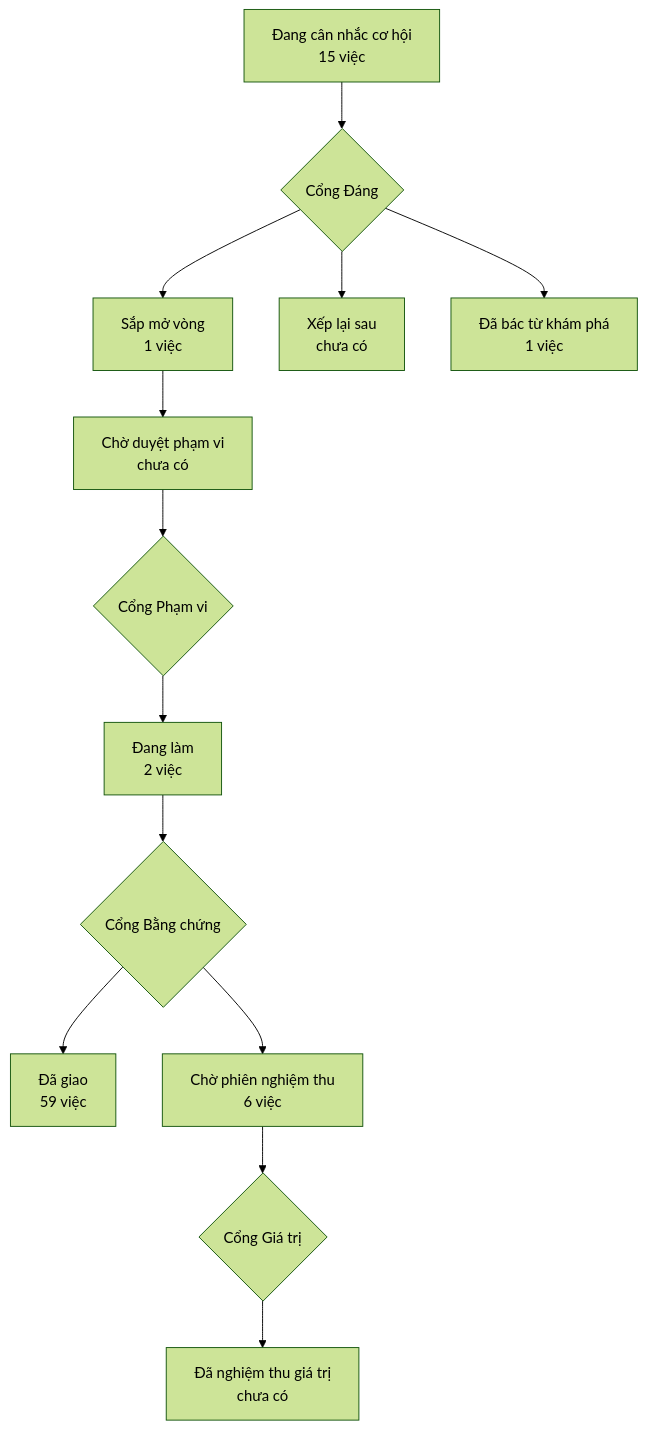
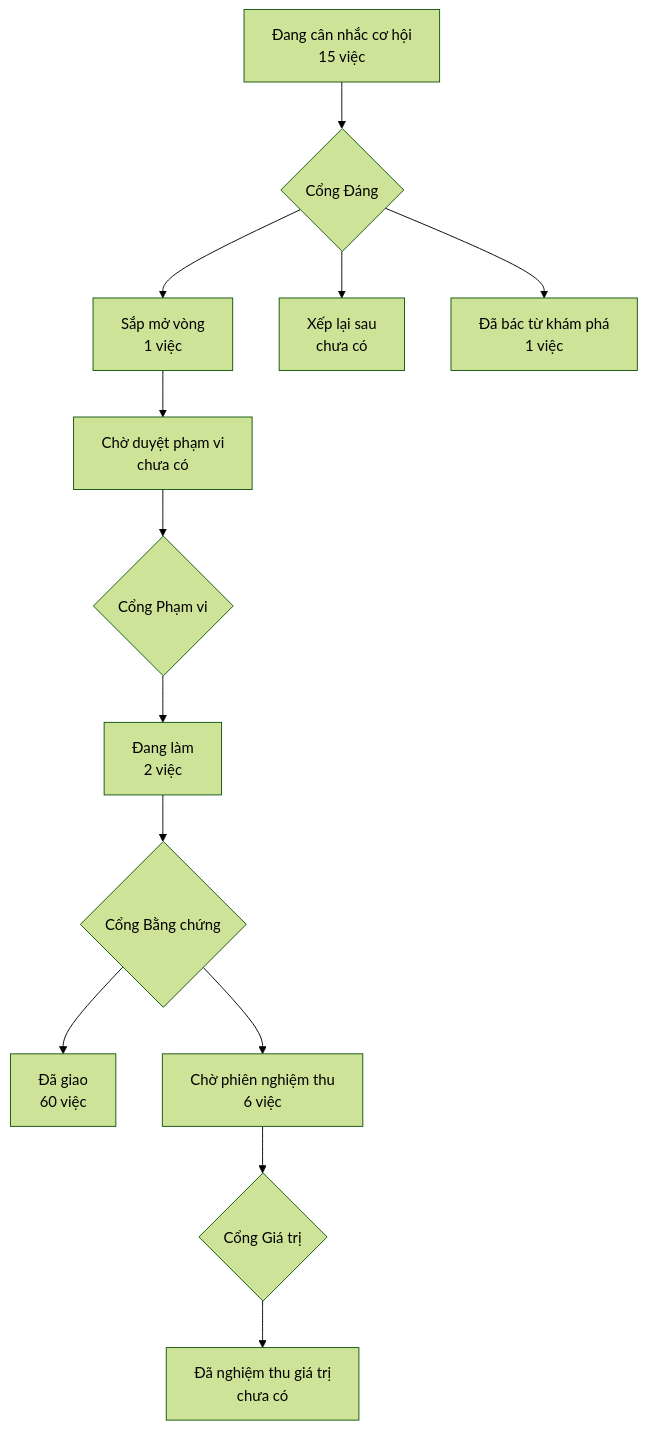
The diagram in PRODUCT-MAP.md (phanlemanh/acceptance-gate-kit), drawn with Mermaid (forest theme) before and after one commit.

Commit message:
Bản đồ: vẽ lại sau khi gộp main (hai PR mới)

````diff
--- a/PRODUCT-MAP.md
+++ b/PRODUCT-MAP.md
@@ -6,12 +6,12 @@
 ```mermaid
 flowchart TD
   A["Đang cân nhắc cơ hội<br/>15 việc"] --> GD{"Cổng Đáng"}
   GD --> B["Sắp mở vòng<br/>1 việc"]
   GD --> XL["Xếp lại sau<br/>chưa có"]
   GD --> DB["Đã bác từ khám phá<br/>1 việc"]
   B --> CD["Chờ duyệt phạm vi<br/>chưa có"] --> GP{"Cổng Phạm vi"}
   GP --> DL["Đang làm<br/>2 việc"] --> GB{"Cổng Bằng chứng"}
-  GB --> DG["Đã giao<br/>59 việc"]
+  GB --> DG["Đã giao<br/>60 việc"]
   GB --> CN["Chờ phiên nghiệm thu<br/>6 việc"] --> GG{"Cổng Giá trị"}
   GG --> NT["Đã nghiệm thu giá trị<br/>chưa có"]
 ```
````
